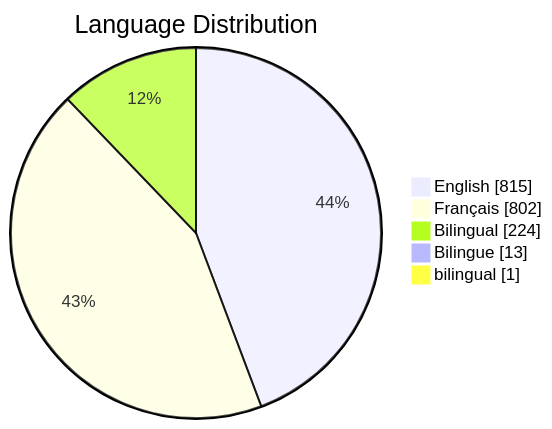
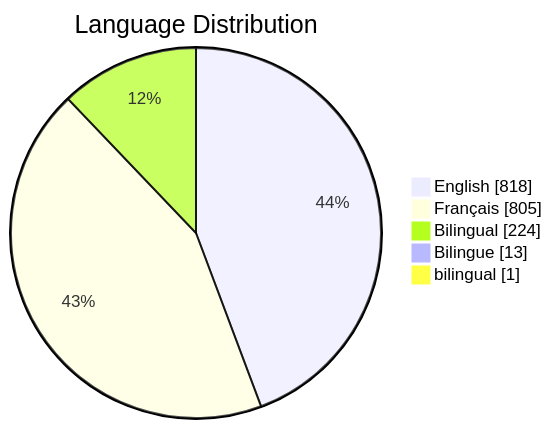
Before and after one commit to PatLittle/GC-Socials: the third of 6 diagrams in README.md, drawn with Mermaid. The commit also changed other lines of this file, not shown here.

Commit message:
Update README with Platform Distribution pie chart

````diff
--- a/README.md
+++ b/README.md
@@ -77,8 +84,8 @@
 ```mermaid
 pie showData title Language Distribution
-    "English": 815
-    "Français": 802
+    "English": 818
+    "Français": 805
     "Bilingual": 224
     "Bilingue": 13
     "bilingual": 1
 ```
````
